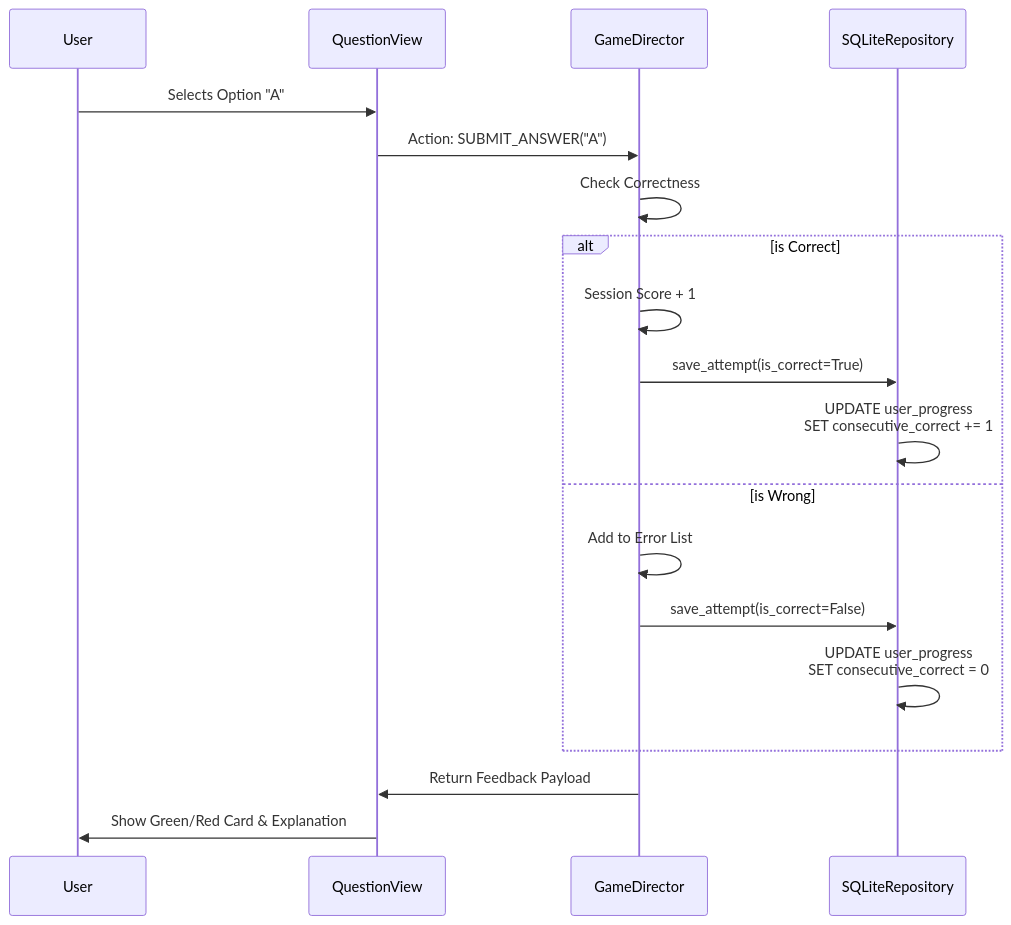
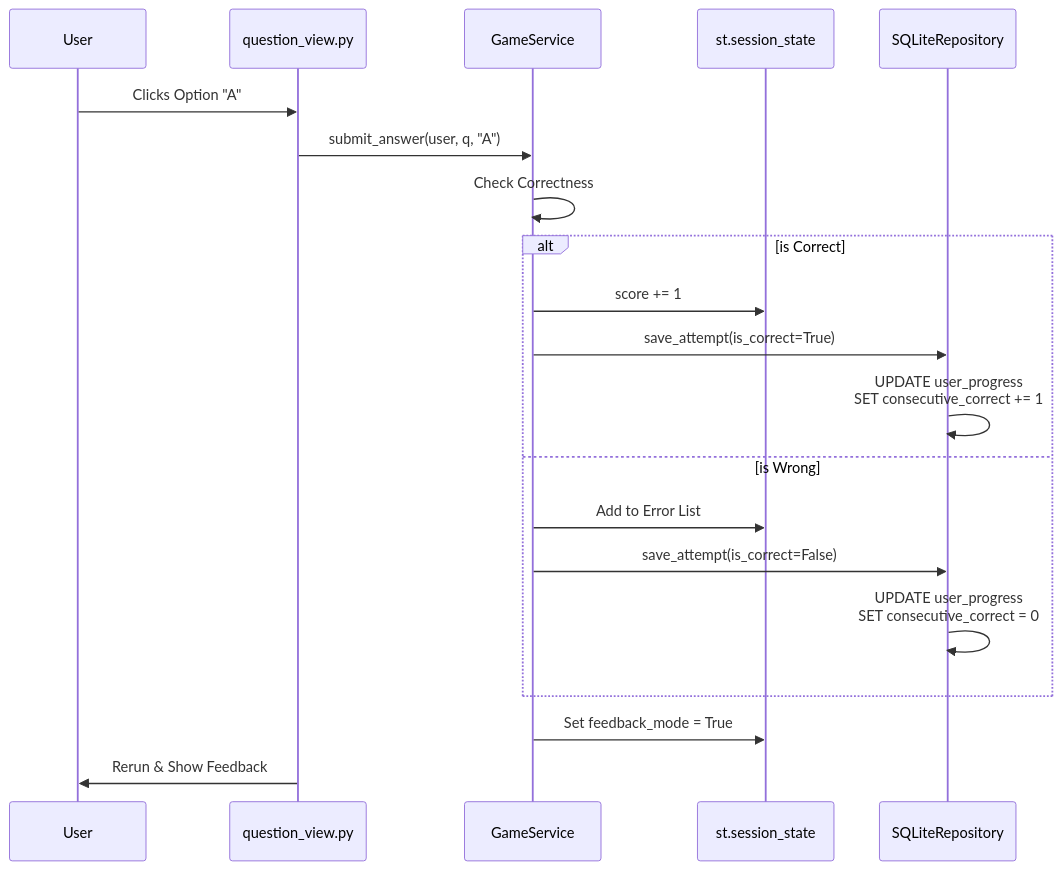
Before and after one commit to m1981/forklift-quiz: the third of 5 diagrams in doc/00-architecture.md, drawn with Mermaid. The commit also changed other lines of this file and 16 other files, not shown here.

Commit message:
refactor: migrate from Director/Flow pattern to Service-Oriented Architecture

````diff
--- a/doc/00-architecture.md
+++ b/doc/00-architecture.md
@@ -88,25 +118,26 @@
 ```mermaid
 sequenceDiagram
     participant User
-    participant UI as QuestionView
-    participant Engine as GameDirector
+    participant View as question_view.py
+    participant Service as GameService
+    participant Session as st.session_state
     participant DB as SQLiteRepository
 
-    User->>UI: Selects Option "A"
-    UI->>Engine: Action: SUBMIT_ANSWER("A")
+    User->>View: Clicks Option "A"
+    View->>Service: submit_answer(user, q, "A")
 
-    Engine->>Engine: Check Correctness
+    Service->>Service: Check Correctness
 
     alt is Correct
-        Engine->>Engine: Session Score + 1
-        Engine->>DB: save_attempt(is_correct=True)
+        Service->>Session: score += 1
+        Service->>DB: save_attempt(is_correct=True)
         DB->>DB: UPDATE user_progress<br/>SET consecutive_correct += 1
     else is Wrong
-        Engine->>Engine: Add to Error List
-        Engine->>DB: save_attempt(is_correct=False)
+        Service->>Session: Add to Error List
+        Service->>DB: save_attempt(is_correct=False)
         DB->>DB: UPDATE user_progress<br/>SET consecutive_correct = 0
     end
 
-    Engine->>UI: Return Feedback Payload
-    UI->>User: Show Green/Red Card & Explanation
+    Service->>Session: Set feedback_mode = True
+    View->>User: Rerun & Show Feedback
 ```
````
